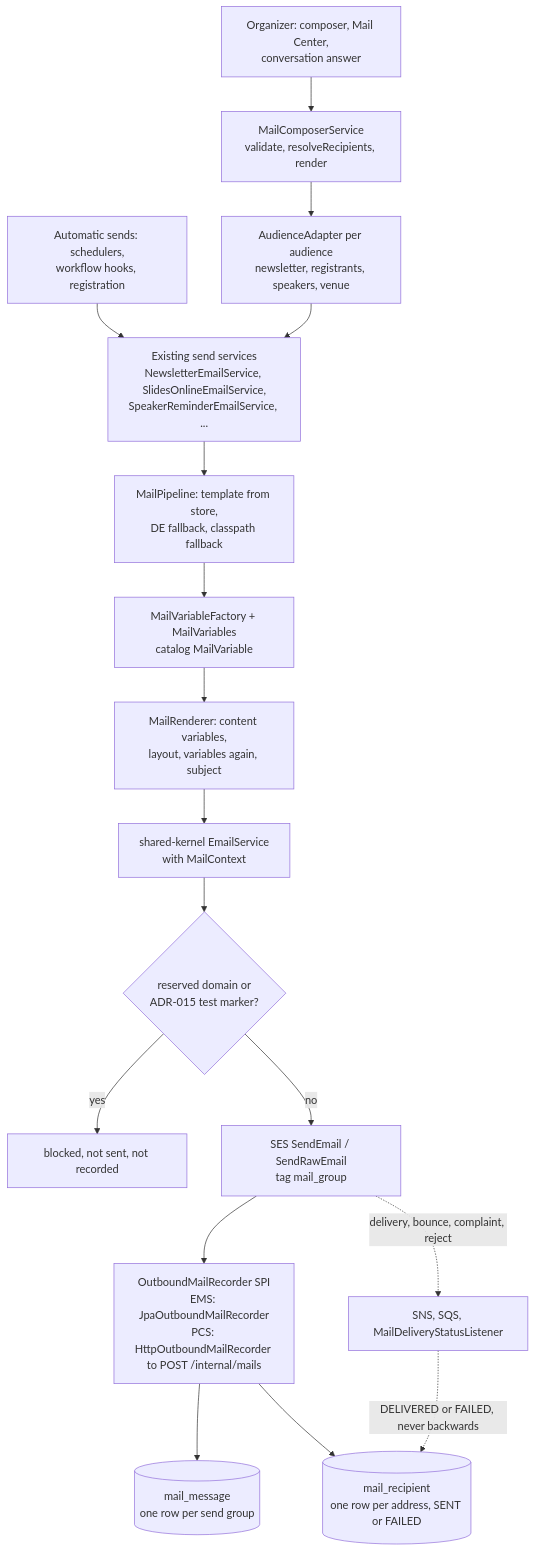
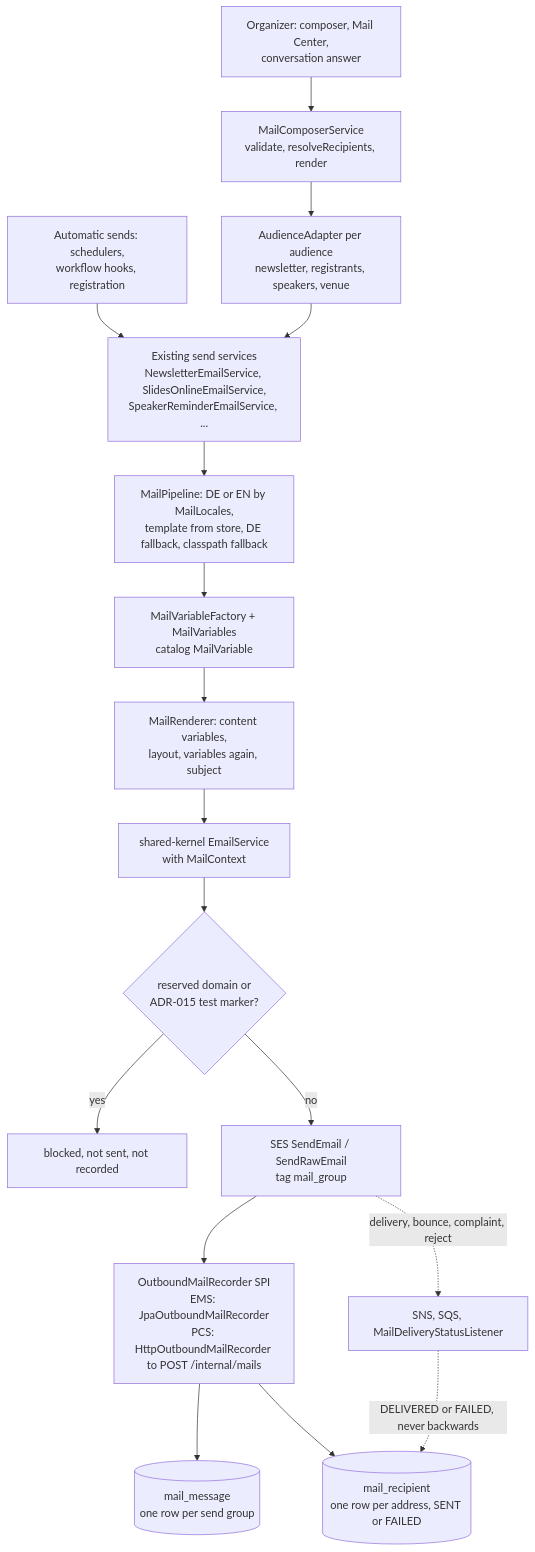
Before and after one commit to nissimbuchs/BATbern2: the eighth of 14 diagrams in docs/architecture/06-backend-architecture.md, drawn with Mermaid. The commit also changed other lines of this file and 367 other files, not shown here.

````diff
--- a/docs/architecture/06-backend-architecture.md
+++ b/docs/architecture/06-backend-architecture.md
@@ -994,19 +1006,19 @@
 ```mermaid
 flowchart TD
     UI["Organizer: composer, Mail Center,<br/>conversation answer"] --> MCS["MailComposerService<br/>validate, resolveRecipients, render"]
     AUTO["Automatic sends: schedulers,<br/>workflow hooks, registration"] --> SVC
     MCS --> AD["AudienceAdapter per audience<br/>newsletter, registrants, speakers, venue"]
     AD --> SVC["Existing send services<br/>NewsletterEmailService, SlidesOnlineEmailService,<br/>SpeakerReminderEmailService, ..."]
-    SVC --> PIPE["MailPipeline: template from store,<br/>DE fallback, classpath fallback"]
+    SVC --> PIPE["MailPipeline: DE or EN by MailLocales,<br/>template from store, DE fallback, classpath fallback"]
     PIPE --> VAR["MailVariableFactory + MailVariables<br/>catalog MailVariable"]
     VAR --> REN["MailRenderer: content variables,<br/>layout, variables again, subject"]
     REN --> ES["shared-kernel EmailService<br/>with MailContext"]
     ES --> WALLS{"reserved domain or<br/>ADR-015 test marker?"}
     WALLS -->|"yes"| BLOCK["blocked, not sent, not recorded"]
     WALLS -->|"no"| SES["SES SendEmail / SendRawEmail<br/>tag mail_group"]
     SES --> REC["OutboundMailRecorder SPI<br/>EMS: JpaOutboundMailRecorder<br/>PCS: HttpOutboundMailRecorder to POST /internal/mails"]
     REC --> MM[("mail_message<br/>one row per send group")]
     REC --> MR[("mail_recipient<br/>one row per address, SENT or FAILED")]
     SES -.->|"delivery, bounce, complaint, reject"| DS["SNS, SQS, MailDeliveryStatusListener"]
     DS -.->|"DELIVERED or FAILED, never backwards"| MR
 ```
````
